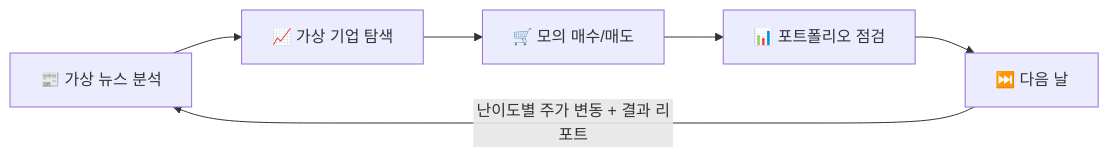
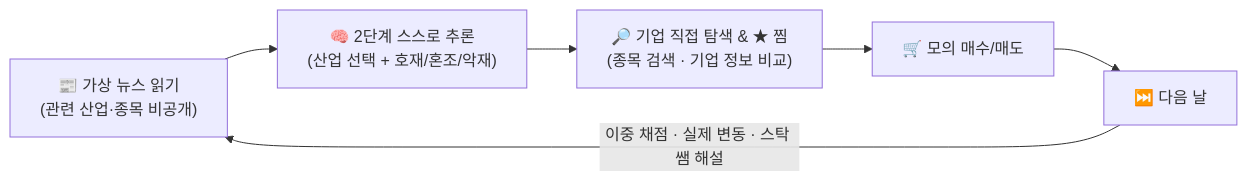
The first of 5 diagrams in docs/GAME_MECHANICS.md (ll7098ll/stock-school), drawn with Mermaid before and after one commit. The commit also changed other lines of this file and 5 other files, not shown here.

````diff
--- a/docs/GAME_MECHANICS.md
+++ b/docs/GAME_MECHANICS.md
@@ -33,8 +33,8 @@
 ```mermaid
 flowchart LR
-    A["📰 가상 뉴스 분석"] --> B["📈 가상 기업 탐색"]
-    B --> C["🛒 모의 매수/매도"]
-    C --> D["📊 포트폴리오 점검"]
+    A["📰 가상 뉴스 읽기\n(관련 산업·종목 비공개)"] --> B["🧠 2단계 스스로 추론\n(산업 선택 + 호재/혼조/악재)"]
+    B --> C["🔎 기업 직접 탐색 & ★ 찜\n(종목 검색 · 기업 정보 비교)"]
+    C --> D["🛒 모의 매수/매도"]
     D --> E["⏭️ 다음 날"]
-    E -->|"난이도별 주가 변동 + 결과 리포트"| A
+    E -->|"이중 채점 · 실제 변동 · 스탁 쌤 해설"| A
 ```
````
